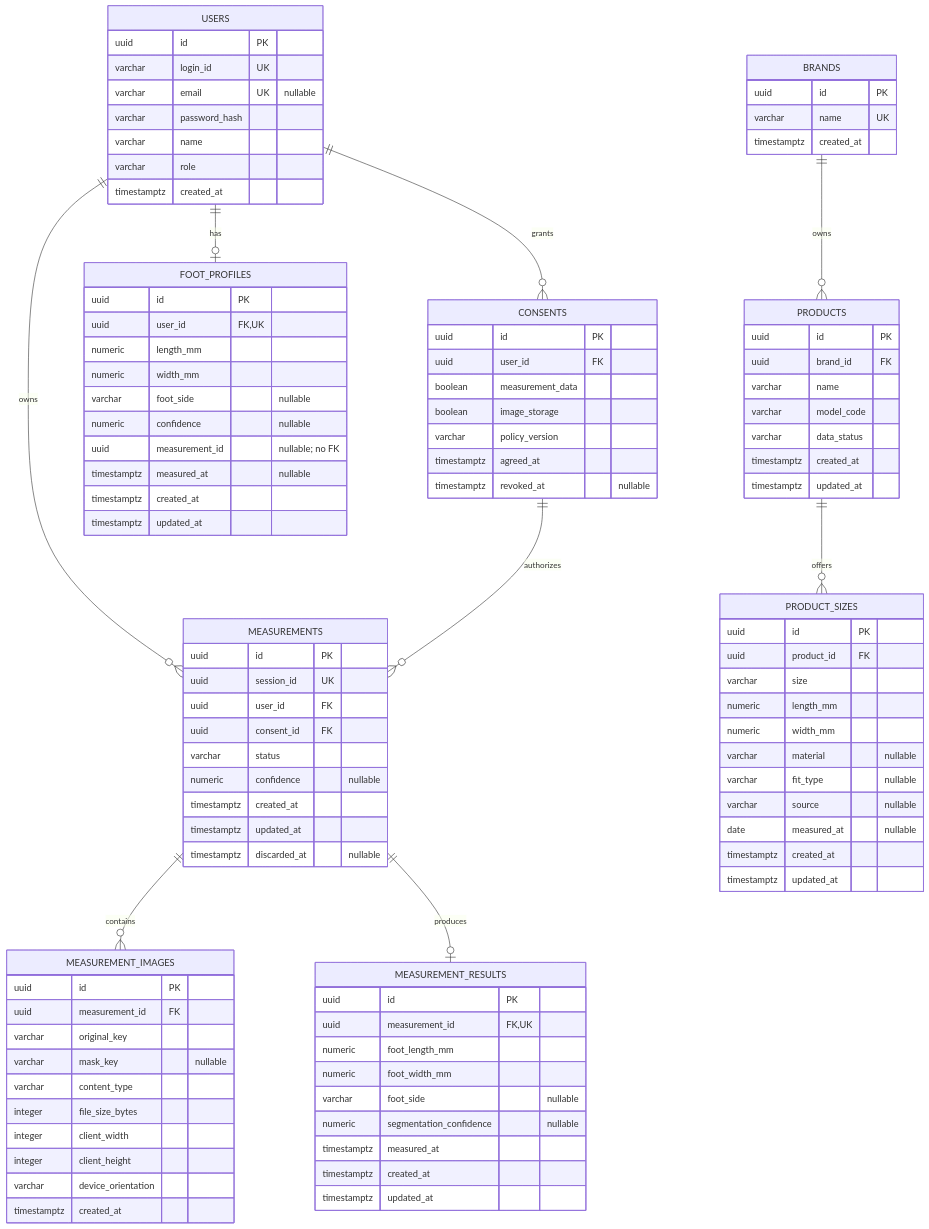
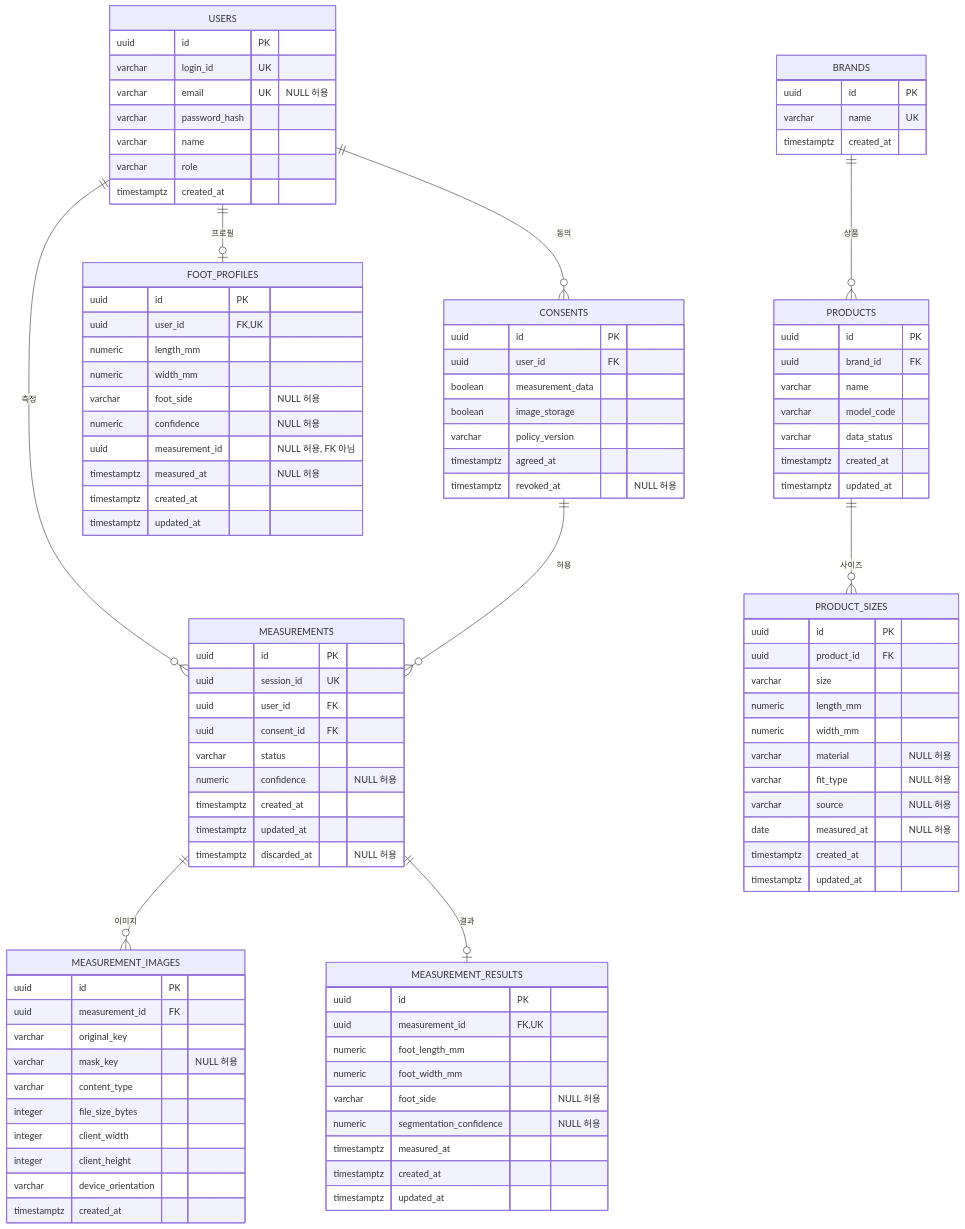
One commit to hy68483/hackaton_shoe-fit changed the diagram in hackathon/docs/database-er-diagram.md. Above: the diagram before and after it, drawn with Mermaid. The commit also changed other lines of this file, not shown here.

Commit message:
문서: 데이터베이스 ERD 한글화

````diff
--- a/hackathon/docs/database-er-diagram.md
+++ b/hackathon/docs/database-er-diagram.md
@@ -6,18 +7,18 @@
 ```mermaid
 erDiagram
-    USERS ||--o{ CONSENTS : grants
-    USERS ||--o{ MEASUREMENTS : owns
-    USERS ||--o| FOOT_PROFILES : has
-    CONSENTS ||--o{ MEASUREMENTS : authorizes
-    MEASUREMENTS ||--o{ MEASUREMENT_IMAGES : contains
-    MEASUREMENTS ||--o| MEASUREMENT_RESULTS : produces
-    BRANDS ||--o{ PRODUCTS : owns
-    PRODUCTS ||--o{ PRODUCT_SIZES : offers
+    USERS ||--o{ CONSENTS : 동의
+    USERS ||--o{ MEASUREMENTS : 측정
+    USERS ||--o| FOOT_PROFILES : 프로필
+    CONSENTS ||--o{ MEASUREMENTS : 허용
+    MEASUREMENTS ||--o{ MEASUREMENT_IMAGES : 이미지
+    MEASUREMENTS ||--o| MEASUREMENT_RESULTS : 결과
+    BRANDS ||--o{ PRODUCTS : 상품
+    PRODUCTS ||--o{ PRODUCT_SIZES : 사이즈
 
     USERS {
         uuid id PK
         varchar login_id UK
-        varchar email UK "nullable"
+        varchar email UK "NULL 허용"
         varchar password_hash
         varchar name
         varchar role
@@ -31,7 +32,7 @@
         boolean image_storage
         varchar policy_version
         timestamptz agreed_at
-        timestamptz revoked_at "nullable"
+        timestamptz revoked_at "NULL 허용"
     }
 
     MEASUREMENTS {
@@ -40,17 +41,17 @@
         uuid user_id FK
         uuid consent_id FK
         varchar status
-        numeric confidence "nullable"
+        numeric confidence "NULL 허용"
         timestamptz created_at
         timestamptz updated_at
-        timestamptz discarded_at "nullable"
+        timestamptz discarded_at "NULL 허용"
     }
 
     MEASUREMENT_IMAGES {
         uuid id PK
         uuid measurement_id FK
         varchar original_key
-        varchar mask_key "nullable"
+        varchar mask_key "NULL 허용"
         varchar content_type
         integer file_size_bytes
         integer client_width
@@ -64,8 +65,8 @@
         uuid measurement_id FK,UK
         numeric foot_length_mm
         numeric foot_width_mm
-        varchar foot_side "nullable"
-        numeric segmentation_confidence "nullable"
+        varchar foot_side "NULL 허용"
+        numeric segmentation_confidence "NULL 허용"
         timestamptz measured_at
         timestamptz created_at
         timestamptz updated_at
@@ -76,10 +77,10 @@
         uuid user_id FK,UK
         numeric length_mm
         numeric width_mm
-        varchar foot_side "nullable"
-        numeric confidence "nullable"
-        uuid measurement_id "nullable; no FK"
-        timestamptz measured_at "nullable"
+        varchar foot_side "NULL 허용"
+        numeric confidence "NULL 허용"
+        uuid measurement_id "NULL 허용, FK 아님"
+        timestamptz measured_at "NULL 허용"
         timestamptz created_at
         timestamptz updated_at
     }
@@ -106,10 +107,10 @@
         varchar size
         numeric length_mm
         numeric width_mm
-        varchar material "nullable"
-        varchar fit_type "nullable"
-        varchar source "nullable"
-        date measured_at "nullable"
+        varchar material "NULL 허용"
+        varchar fit_type "NULL 허용"
+        varchar source "NULL 허용"
+        date measured_at "NULL 허용"
         timestamptz created_at
         timestamptz updated_at
     }
````
